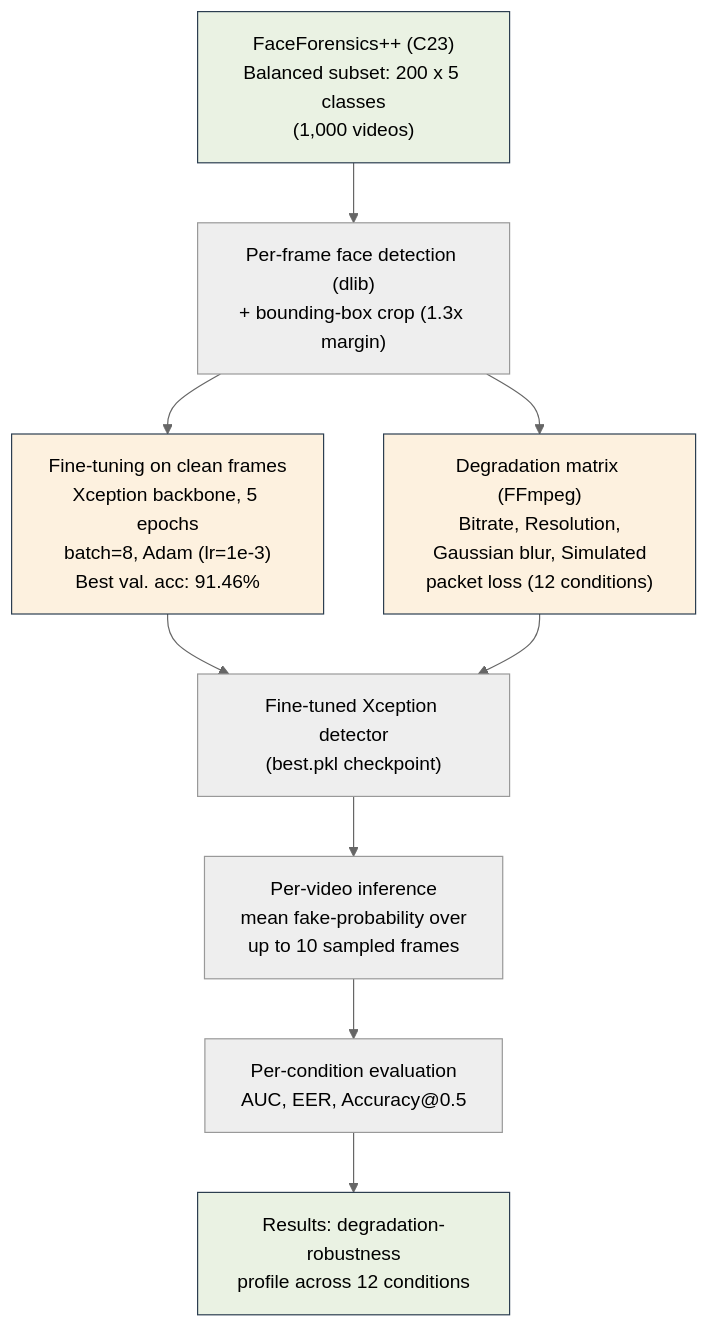
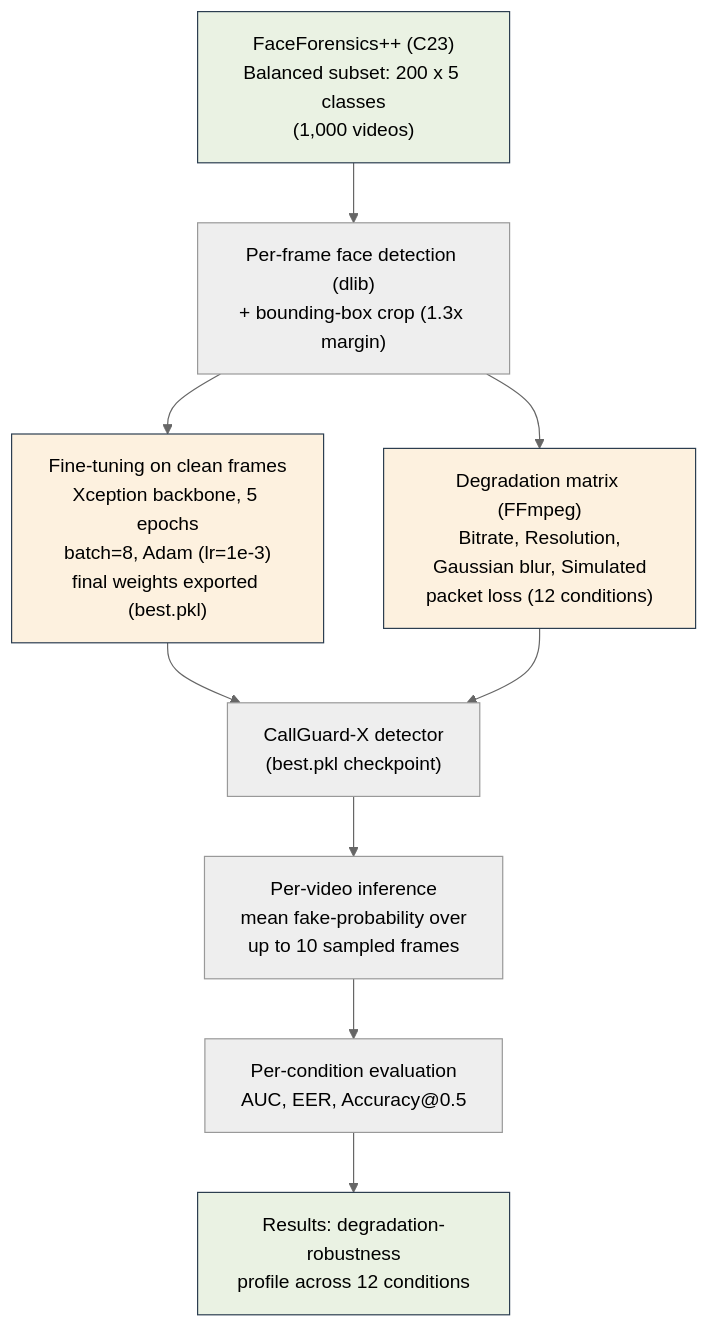
The diagram in README.md (naman1326/deepfake-robustness-study), drawn with Mermaid (neutral theme) before and after one commit. The commit also changed other lines of this file and 7 other files, not shown here.

````diff
--- a/README.md
+++ b/README.md
@@ -9,16 +9,16 @@
 ```mermaid
 flowchart TD
     A["FaceForensics++ (C23)<br/>Balanced subset: 200 x 5 classes<br/>(1,000 videos)"] --> B["Per-frame face detection (dlib)<br/>+ bounding-box crop (1.3x margin)"]
-    B --> C["Fine-tuning on clean frames<br/>Xception backbone, 5 epochs<br/>batch=8, Adam (lr=1e-3)<br/>Best val. acc: 91.46%"]
+    B --> C["Fine-tuning on clean frames<br/>Xception backbone, 5 epochs<br/>batch=8, Adam (lr=1e-3)<br/>final weights exported (best.pkl)"]
     B --> D["Degradation matrix (FFmpeg)<br/>Bitrate, Resolution,<br/>Gaussian blur, Simulated<br/>packet loss (12 conditions)"]
-    C --> E["Fine-tuned Xception detector<br/>(best.pkl checkpoint)"]
+    C --> E["CallGuard-X detector<br/>(best.pkl checkpoint)"]
     D --> E
     E --> F["Per-video inference<br/>mean fake-probability over<br/>up to 10 sampled frames"]
     F --> G["Per-condition evaluation<br/>AUC, EER, Accuracy@0.5"]
     G --> H["Results: degradation-robustness<br/>profile across 12 conditions"]
 
     style A fill:#eaf2e3,stroke:#2c3e50
     style H fill:#eaf2e3,stroke:#2c3e50
     style C fill:#fdf1df,stroke:#2c3e50
     style D fill:#fdf1df,stroke:#2c3e50
 ```
````
